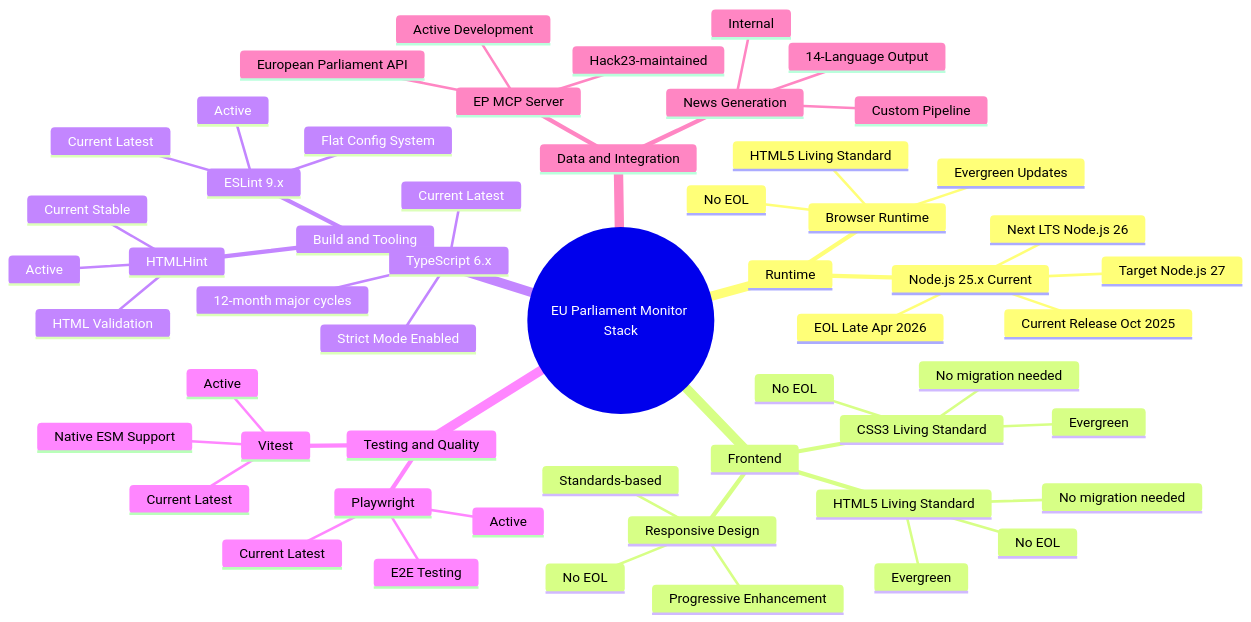
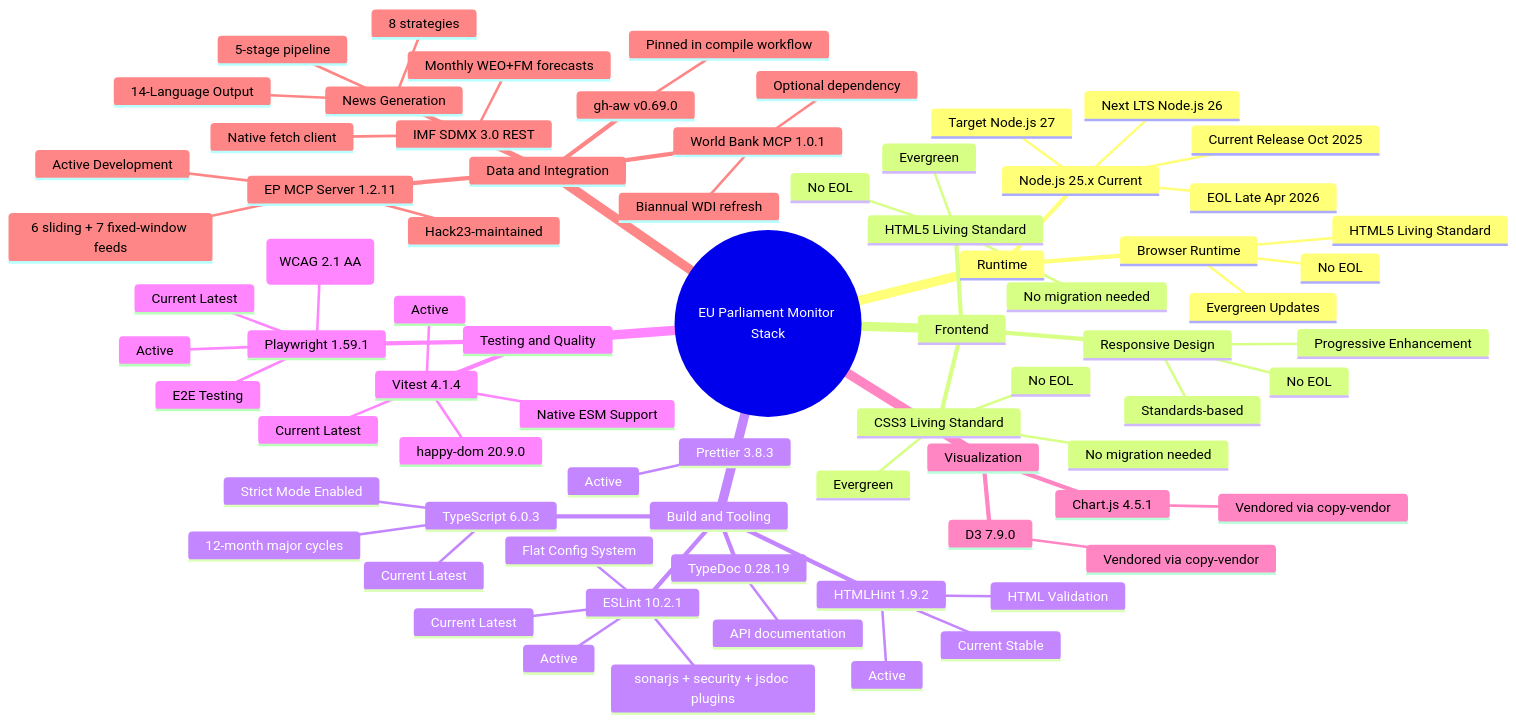
The first of 6 diagrams in docs/api/media/End-of-Life-Strategy.md (Hack23/euparliamentmonitor), drawn with Mermaid before and after one commit. The commit also changed other lines of this file and 1391 other files, not shown here.

````diff
--- a/docs/api/media/End-of-Life-Strategy.md
+++ b/docs/api/media/End-of-Life-Strategy.md
@@ -88,58 +88,78 @@
 ```mermaid
 mindmap
   root((EU Parliament Monitor Stack))
     Runtime
       Node.js 25.x Current
         Current Release Oct 2025
         EOL Late Apr 2026
         Next LTS Node.js 26
         Target Node.js 27
       Browser Runtime
         Evergreen Updates
         No EOL
         HTML5 Living Standard
     Frontend
       HTML5 Living Standard
         Evergreen
         No EOL
         No migration needed
       CSS3 Living Standard
         Evergreen
         No EOL
         No migration needed
       Responsive Design
         Standards-based
         No EOL
         Progressive Enhancement
     Build and Tooling
-      TypeScript 6.x
+      TypeScript 6.0.3
         Current Latest
         12-month major cycles
         Strict Mode Enabled
-      ESLint 9.x
+      ESLint 10.2.1
         Current Latest
         Active
         Flat Config System
-      HTMLHint
+        sonarjs + security + jsdoc plugins
+      HTMLHint 1.9.2
         Current Stable
         Active
         HTML Validation
+      Prettier 3.8.3
+        Active
+      TypeDoc 0.28.19
+        API documentation
     Testing and Quality
-      Vitest
+      Vitest 4.1.4
         Current Latest
         Active
         Native ESM Support
-      Playwright
+        happy-dom 20.9.0
+      Playwright 1.59.1
         Current Latest
         Active
         E2E Testing
+        axe-core 4.11.2 (WCAG 2.1 AA)
+    Visualization
+      Chart.js 4.5.1
+        Vendored via copy-vendor
+      D3 7.9.0
+        Vendored via copy-vendor
     Data and Integration
-      EP MCP Server
+      EP MCP Server 1.2.11
         Active Development
         Hack23-maintained
-        European Parliament API
+        6 sliding + 7 fixed-window feeds
+      World Bank MCP 1.0.1
+        Optional dependency
+        Biannual WDI refresh
+      IMF SDMX 3.0 REST
+        Native fetch client
+        Monthly WEO+FM forecasts
+      gh-aw v0.69.0
+        Pinned in compile workflow
       News Generation
-        Custom Pipeline
-        Internal
+        5-stage pipeline
+        8 strategies
         14-Language Output
 ```
````
